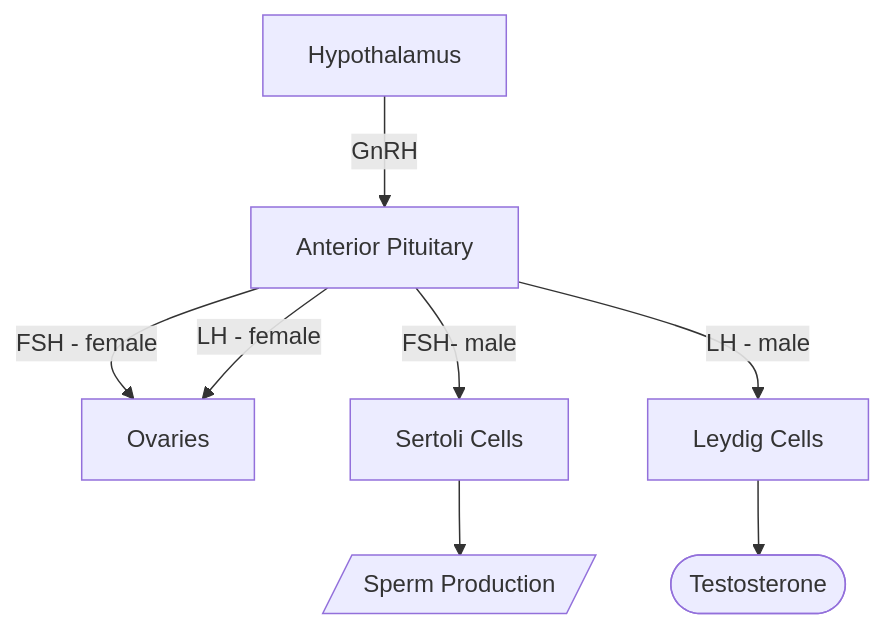
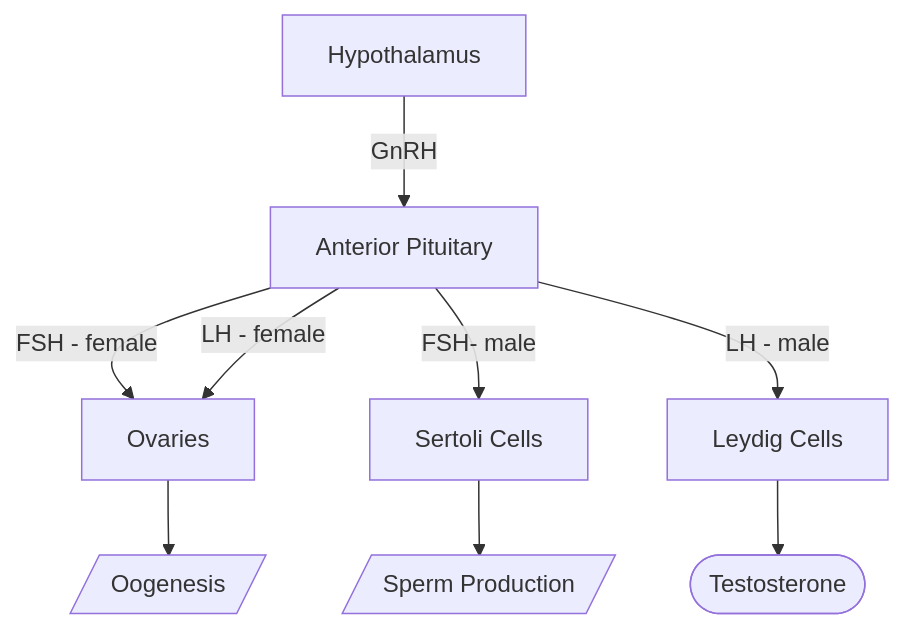
One commit to dmurali12/TheBox changed the diagram in Endocrine System/Reproductive Axis.md. Above: the diagram before and after it, drawn with Mermaid.

Commit message:
vault backup: 2025-11-07 12:33:30

````diff
--- a/Endocrine System/Reproductive Axis.md
+++ b/Endocrine System/Reproductive Axis.md
@@ -2,19 +2,21 @@
 ```mermaid
 graph TD
 H[Hypothalamus]
 AP[Anterior Pituitary]
 O[Ovaries]
 L[Leydig Cells]
 S[Sertoli Cells]
 Te([Testosterone])
 Sp[/Sperm Production/]
+Oo[/Oogenesis/]
 
 H--> |GnRH| AP
 AP -->|FSH - female| O
 AP --> |FSH- male| S
 AP --> |LH - female| O
 AP --> |LH - male| L
 L --> Te
 S --> Sp
+O --> Oo
 
 ```
````
